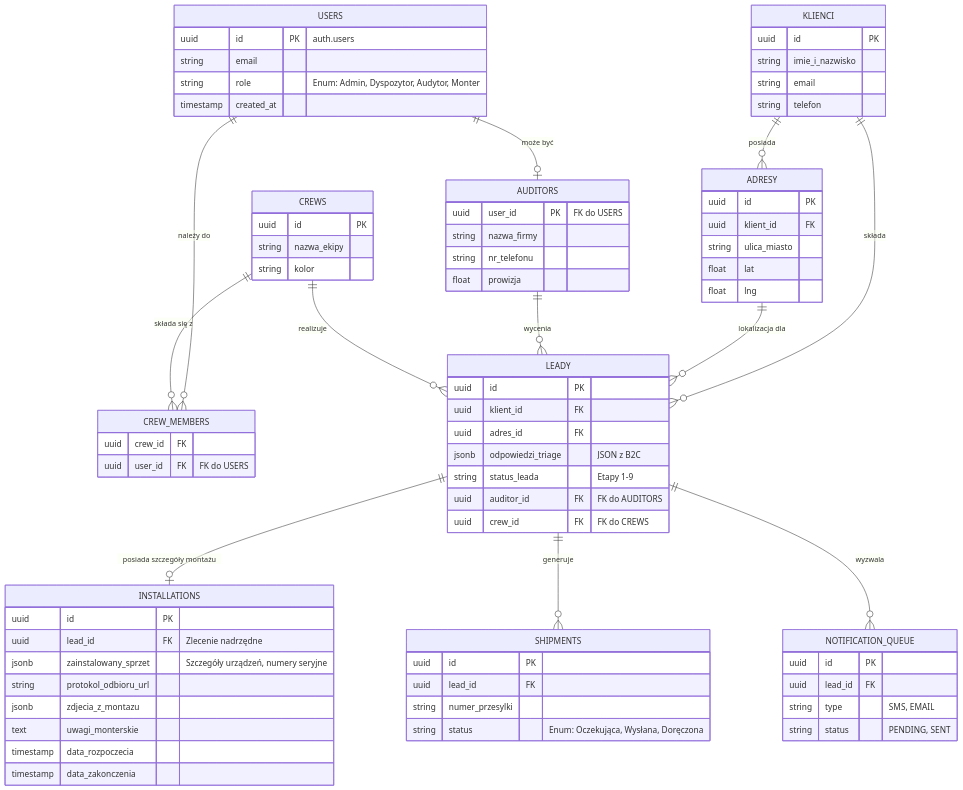
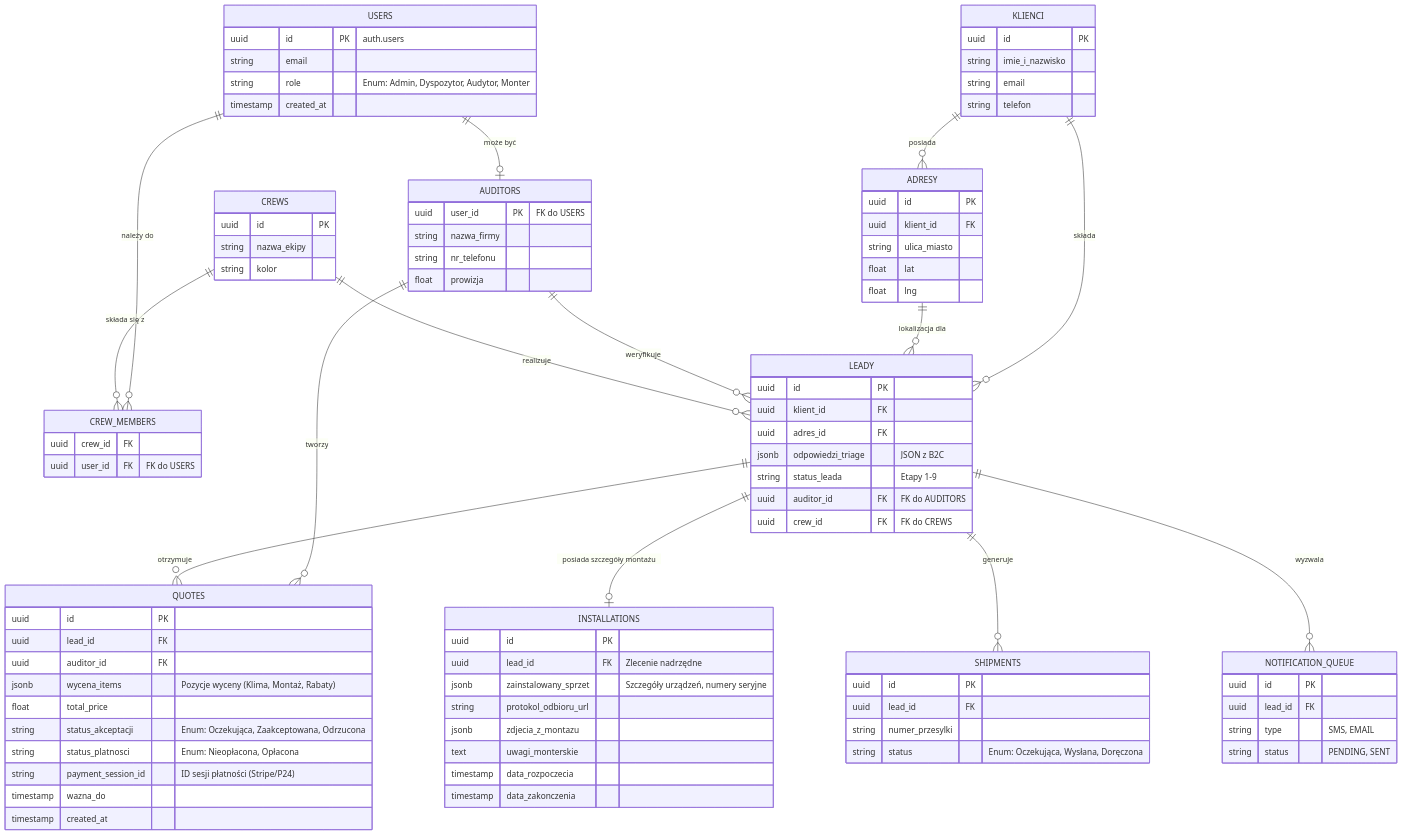
The diagram in turborepo/docs/architecture/database_model.md (aiprojectmanagersznurowski-afk/klikklima-system), drawn with Mermaid before and after one commit. The commit also changed other lines of this file, not shown here.

Commit message:
docs: add QUOTES table to ERD

```diff
--- a/turborepo/docs/architecture/database_model.md
+++ b/turborepo/docs/architecture/database_model.md
@@ -56,6 +56,19 @@
         uuid crew_id FK "FK do CREWS"
     }
 
+    QUOTES {
+        uuid id PK
+        uuid lead_id FK
+        uuid auditor_id FK
+        jsonb wycena_items "Pozycje wyceny (Klima, Montaż, Rabaty)"
+        float total_price
+        string status_akceptacji "Enum: Oczekująca, Zaakceptowana, Odrzucona"
+        string status_platnosci "Enum: Nieopłacona, Opłacona"
+        string payment_session_id "ID sesji płatności (Stripe/P24)"
+        timestamp wazna_do
+        timestamp created_at
+    }
+
     INSTALLATIONS {
         uuid id PK
         uuid lead_id FK "Zlecenie nadrzędne"
@@ -89,7 +102,9 @@
     KLIENCI ||--o{ LEADY : "składa"
     ADRESY ||--o{ LEADY : "lokalizacja dla"
     
-    AUDITORS ||--o{ LEADY : "wycenia"
+    AUDITORS ||--o{ LEADY : "weryfikuje"
+    AUDITORS ||--o{ QUOTES : "tworzy"
+    LEADY ||--o{ QUOTES : "otrzymuje"
     CREWS ||--o{ LEADY : "realizuje"
     
     LEADY ||--o| INSTALLATIONS : "posiada szczegóły montażu"
```
